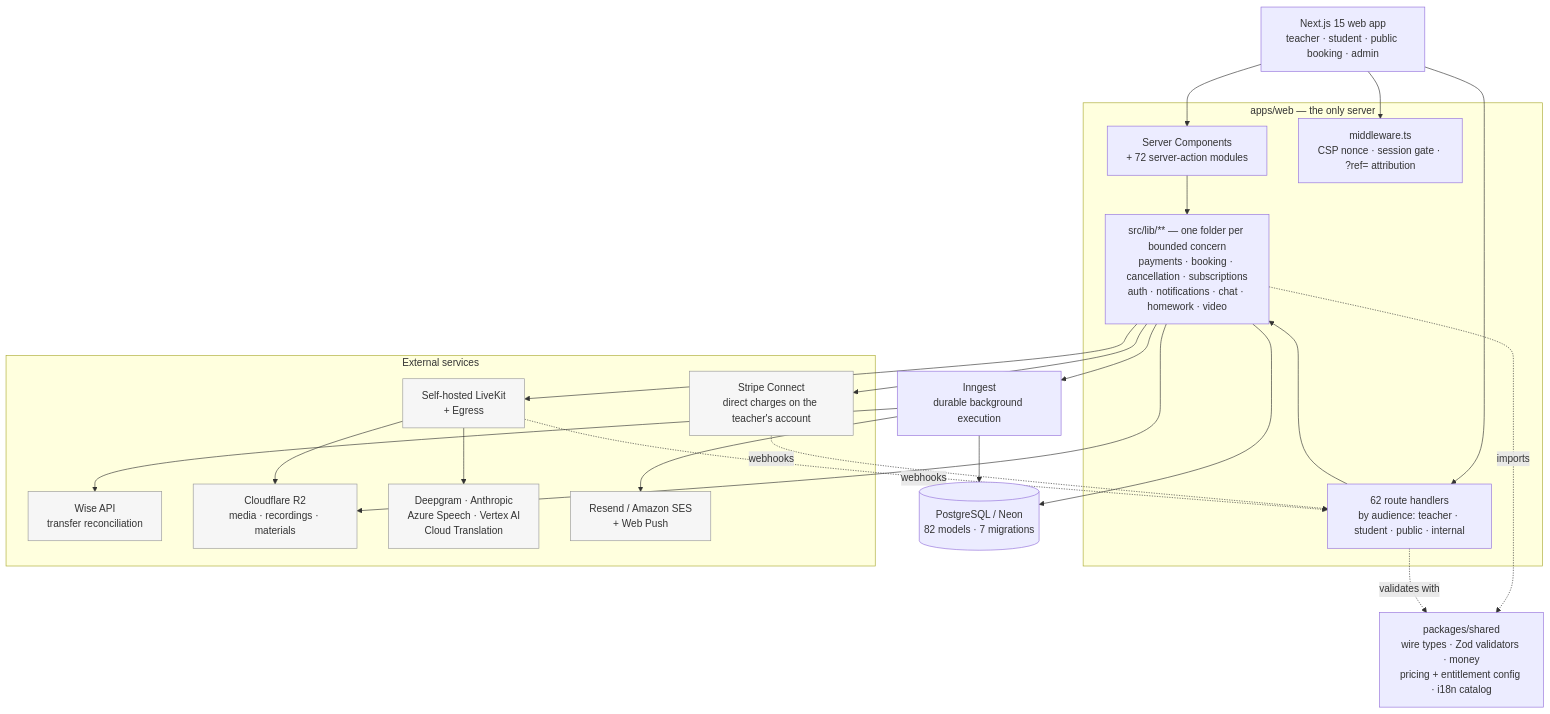
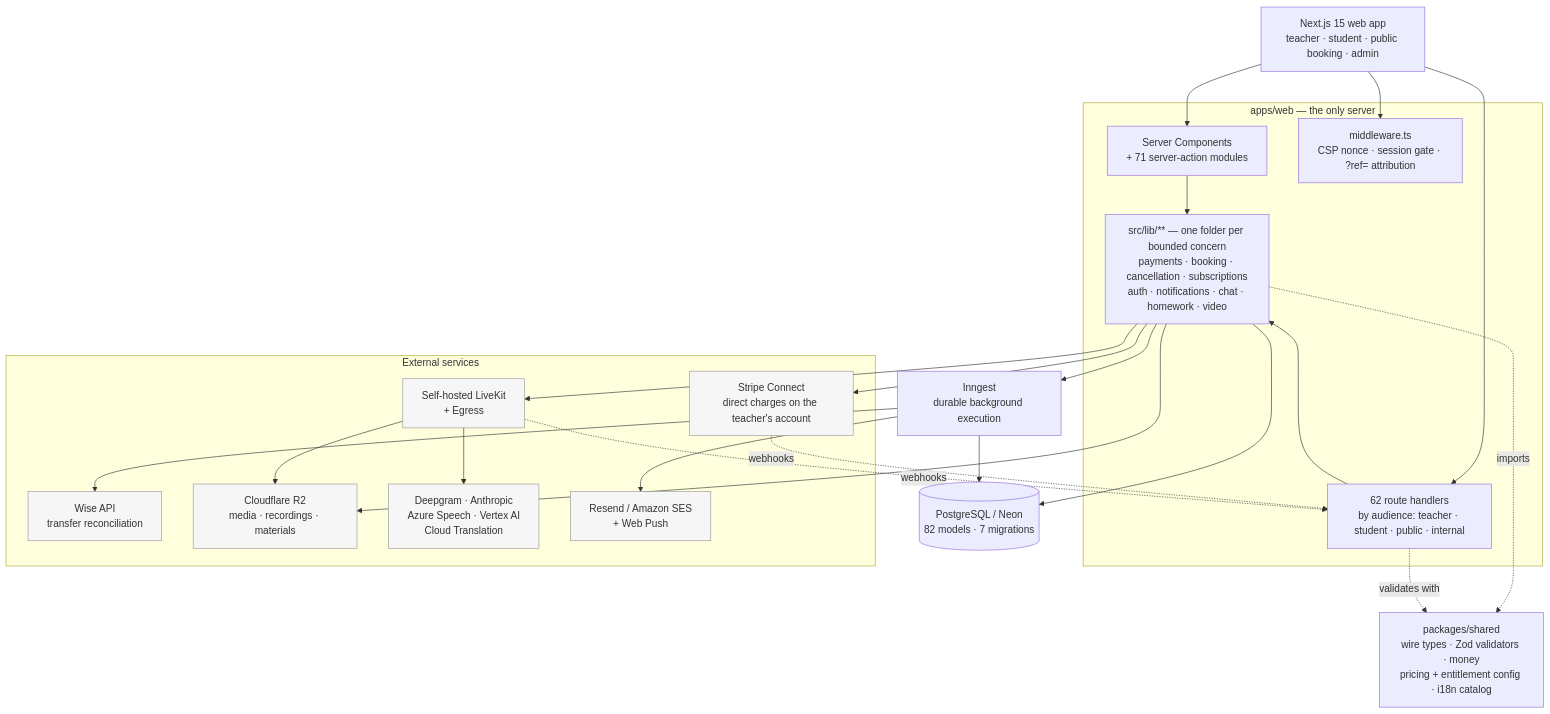
Before and after one commit to jaystewartuk/spiralclass: the first of 2 diagrams in README.md, drawn with Mermaid. The commit also changed 178 other files, not shown here.

````diff
--- a/README.md
+++ b/README.md
@@ -131,48 +131,48 @@
 ```mermaid
 graph TB
     WEB["Next.js 15 web app<br/>teacher · student · public booking · admin"]
 
     subgraph app["apps/web — the only server"]
-        RSC["Server Components<br/>+ 72 server-action modules"]
+        RSC["Server Components<br/>+ 71 server-action modules"]
         API["62 route handlers<br/>by audience: teacher · student · public · internal"]
         MW["middleware.ts<br/>CSP nonce · session gate · ?ref= attribution"]
         LIB["src/lib/** — one folder per bounded concern<br/>payments · booking · cancellation · subscriptions<br/>auth · notifications · chat · homework · video"]
     end
 
     SH["packages/shared<br/>wire types · Zod validators · money<br/>pricing + entitlement config · i18n catalog"]
 
     DB[("PostgreSQL / Neon<br/>82 models · 7 migrations")]
     JOBS["Inngest<br/>durable background execution"]
 
     subgraph external["External services"]
         STRIPE["Stripe Connect<br/>direct charges on the teacher's account"]
         WISE["Wise API<br/>transfer reconciliation"]
         LK["Self-hosted LiveKit<br/>+ Egress"]
         R2["Cloudflare R2<br/>media · recordings · materials"]
         AI["Deepgram · Anthropic<br/>Azure Speech · Vertex AI<br/>Cloud Translation"]
         MAIL["Resend / Amazon SES<br/>+ Web Push"]
     end
 
     WEB --> MW
     WEB --> RSC
     WEB --> API
     RSC --> LIB
     API --> LIB
     LIB --> DB
     LIB --> JOBS
     JOBS --> DB
     JOBS --> MAIL
     LIB --> STRIPE
     JOBS --> WISE
     LIB --> LK
     LK --> R2
     LK --> AI
     LIB --> R2
     LIB -.imports.-> SH
     API -.validates with.-> SH
     STRIPE -.webhooks.-> API
     LK -.webhooks.-> API
 
     classDef ext fill:#f6f6f6,stroke:#999,color:#333
     class STRIPE,WISE,LK,R2,AI,MAIL ext
 ```
````
